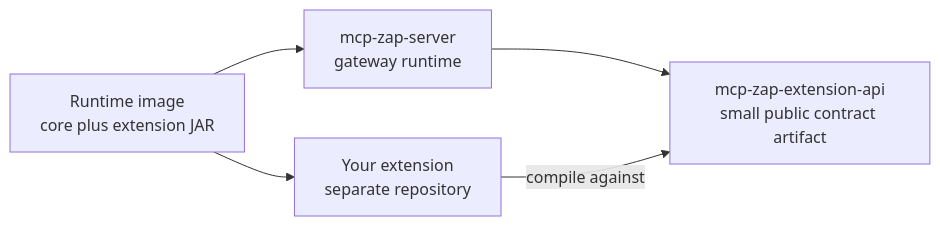
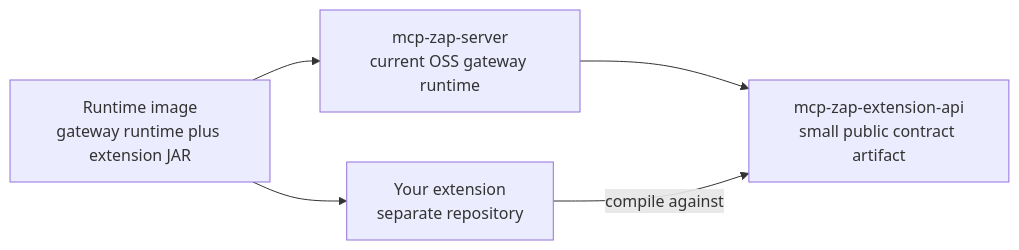
One commit to dtkmn/mcp-zap-server changed the diagram in docs/extensions/BUILD_YOUR_OWN_EXTENSION.md. Above: the diagram before and after it, drawn with Mermaid. The commit also changed other lines of this file and 29 other files, not shown here.

First line of the commit message:
Enhance documentation and processes for extension API and customer handoff (#101)

````diff
--- a/docs/extensions/BUILD_YOUR_OWN_EXTENSION.md
+++ b/docs/extensions/BUILD_YOUR_OWN_EXTENSION.md
@@ -40,12 +40,12 @@
 ```mermaid
 flowchart LR
   Api["mcp-zap-extension-api<br/>small public contract artifact"]
-  Core["mcp-zap-server<br/>gateway runtime"]
+  GatewayRuntime["mcp-zap-server<br/>current OSS gateway runtime"]
   Extension["Your extension<br/>separate repository"]
-  Runtime["Runtime image<br/>core plus extension JAR"]
+  Runtime["Runtime image<br/>gateway runtime plus extension JAR"]
 
-  Core --> Api
+  GatewayRuntime --> Api
   Extension -->|"compile against"| Api
-  Runtime --> Core
+  Runtime --> GatewayRuntime
   Runtime --> Extension
 ```
````
